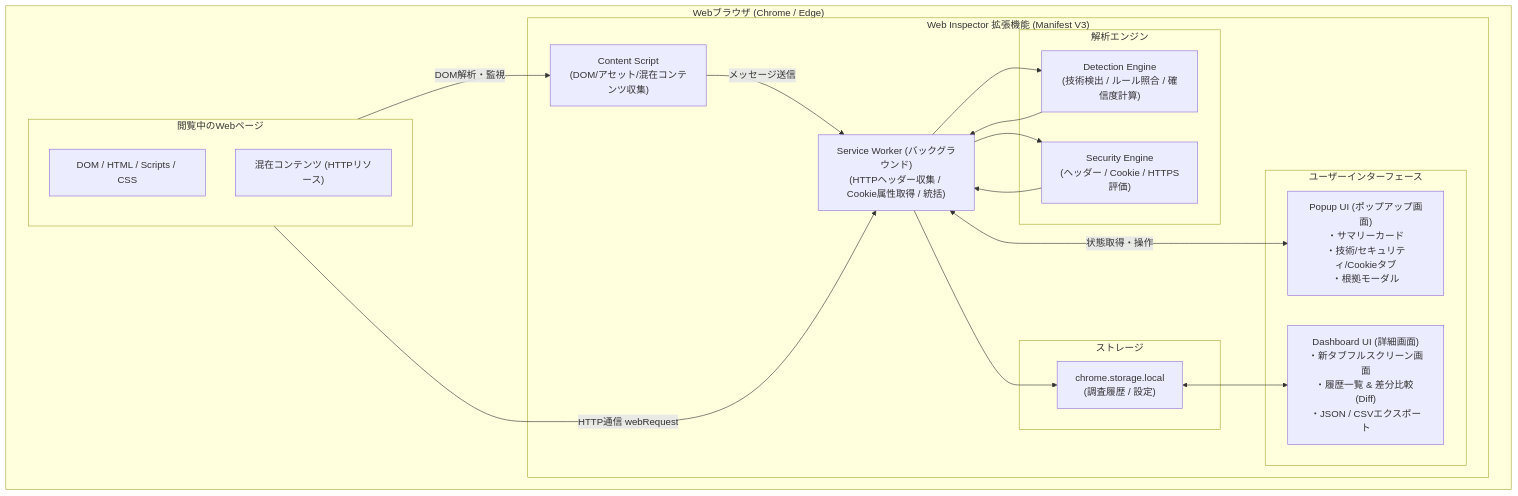
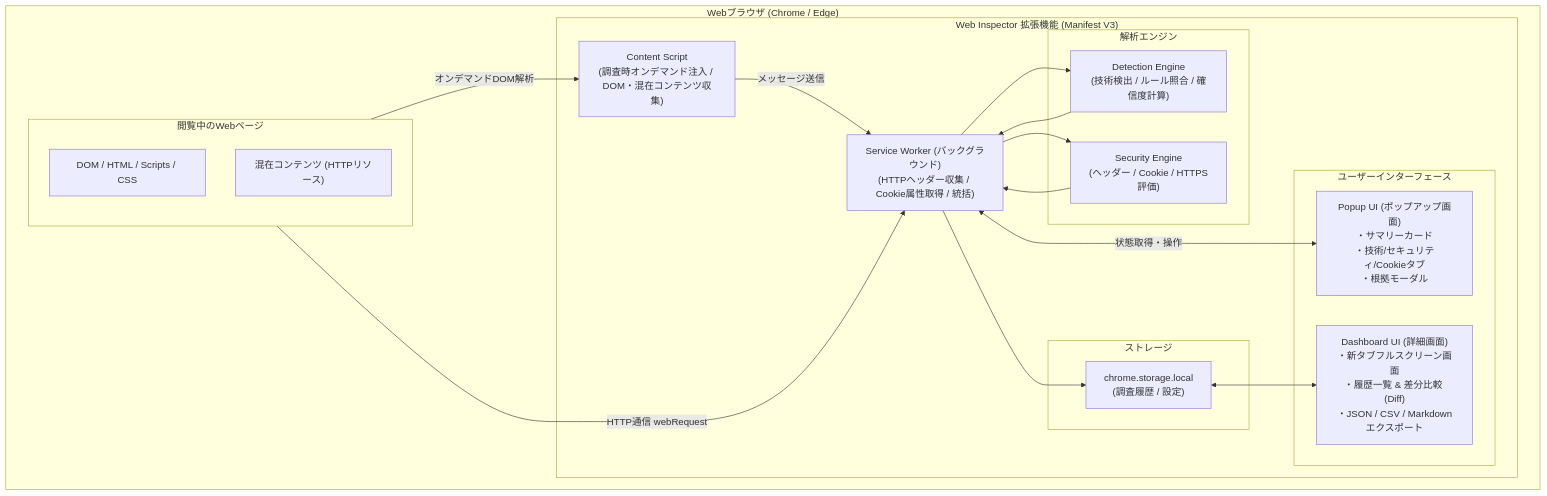
Before and after one commit to moritama/web-inspector: the first of 3 diagrams in README.md, drawn with Mermaid. The commit also changed other lines of this file and 14 other files, not shown here.

````diff
--- a/README.md
+++ b/README.md
@@ -123,39 +154,39 @@
 ```mermaid
 graph TD
     subgraph Browser ["Webブラウザ (Chrome / Edge)"]
         subgraph ActiveTab ["閲覧中のWebページ"]
             PageDOM["DOM / HTML / Scripts / CSS"]
             MixedRes["混在コンテンツ (HTTPリソース)"]
         end
 
         subgraph Extension ["Web Inspector 拡張機能 (Manifest V3)"]
-            CS["Content Script<br>(DOM/アセット/混在コンテンツ収集)"]
+            CS["Content Script<br>(調査時オンデマンド注入 / DOM・混在コンテンツ収集)"]
             SW["Service Worker (バックグラウンド)<br>(HTTPヘッダー収集 / Cookie属性取得 / 統括)"]
             
             subgraph Engine ["解析エンジン"]
                 DE["Detection Engine<br>(技術検出 / ルール照合 / 確信度計算)"]
                 SE["Security Engine<br>(ヘッダー / Cookie / HTTPS評価)"]
             end
 
             subgraph StorageArea ["ストレージ"]
                 LocalStorage["chrome.storage.local<br>(調査履歴 / 設定)"]
             end
 
             subgraph UI ["ユーザーインターフェース"]
                 Popup["Popup UI (ポップアップ画面)<br>・サマリーカード<br>・技術/セキュリティ/Cookieタブ<br>・根拠モーダル"]
-                Dashboard["Dashboard UI (詳細画面)<br>・新タブフルスクリーン画面<br>・履歴一覧 & 差分比較 (Diff)<br>・JSON / CSVエクスポート"]
+                Dashboard["Dashboard UI (詳細画面)<br>・新タブフルスクリーン画面<br>・履歴一覧 & 差分比較 (Diff)<br>・JSON / CSV / Markdownエクスポート"]
             end
         end
     end
 
-    ActiveTab -->|DOM解析・監視| CS
+    ActiveTab -->|オンデマンドDOM解析| CS
     ActiveTab -->|HTTP通信 webRequest| SW
     CS -->|メッセージ送信| SW
     SW --> DE
     SW --> SE
     DE --> SW
     SE --> SW
     SW --> LocalStorage
     SW <-->|状態取得・操作| Popup
     LocalStorage <--> Dashboard
 ```
````
